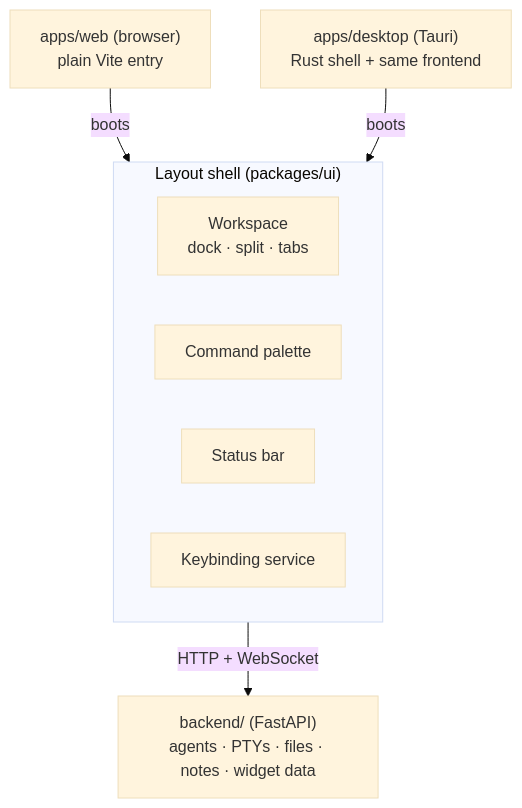
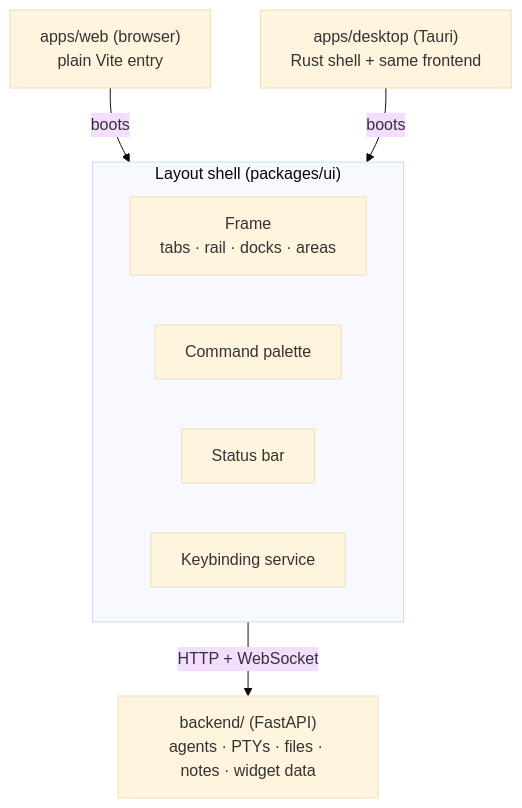
Before and after one commit to ConstCorrectness/horrible-dashboard: the diagram in docs/architecture/layout-shell.mdx, drawn with Mermaid (base theme). The commit also changed other lines of this file and 107 other files, not shown here.

Commit message:
REWRITE of layout: - Custom Windowing Engine (Frame) - Zones/Roles (document, tool, widget) - vim/i3 keyboard splits/joins and mouse drag splits/joins - Agent/REPL (get_layout, split_area, join_area, toggle_region, open_tool_in_dock - SDK update: v0.4.0 (SDK_API_VERSION == 2)

````diff
--- a/docs/architecture/layout-shell.mdx
+++ b/docs/architecture/layout-shell.mdx
@@ -13,13 +13,13 @@
 ```mermaid
 flowchart TB
     subgraph Shell["Layout shell (packages/ui)"]
         direction LR
-        WS["Workspace<br/>dock · split · tabs"]
+        WS["Frame<br/>tabs · rail · docks · areas"]
         CP["Command palette"]
         SB["Status bar"]
         KB["Keybinding service"]
     end
     Web["apps/web (browser)<br/>plain Vite entry"] -->|boots| Shell
     Desk["apps/desktop (Tauri)<br/>Rust shell + same frontend"] -->|boots| Shell
     Shell -->|"HTTP + WebSocket"| BE["backend/ (FastAPI)<br/>agents · PTYs · files · notes · widget data"]
 ```
````
